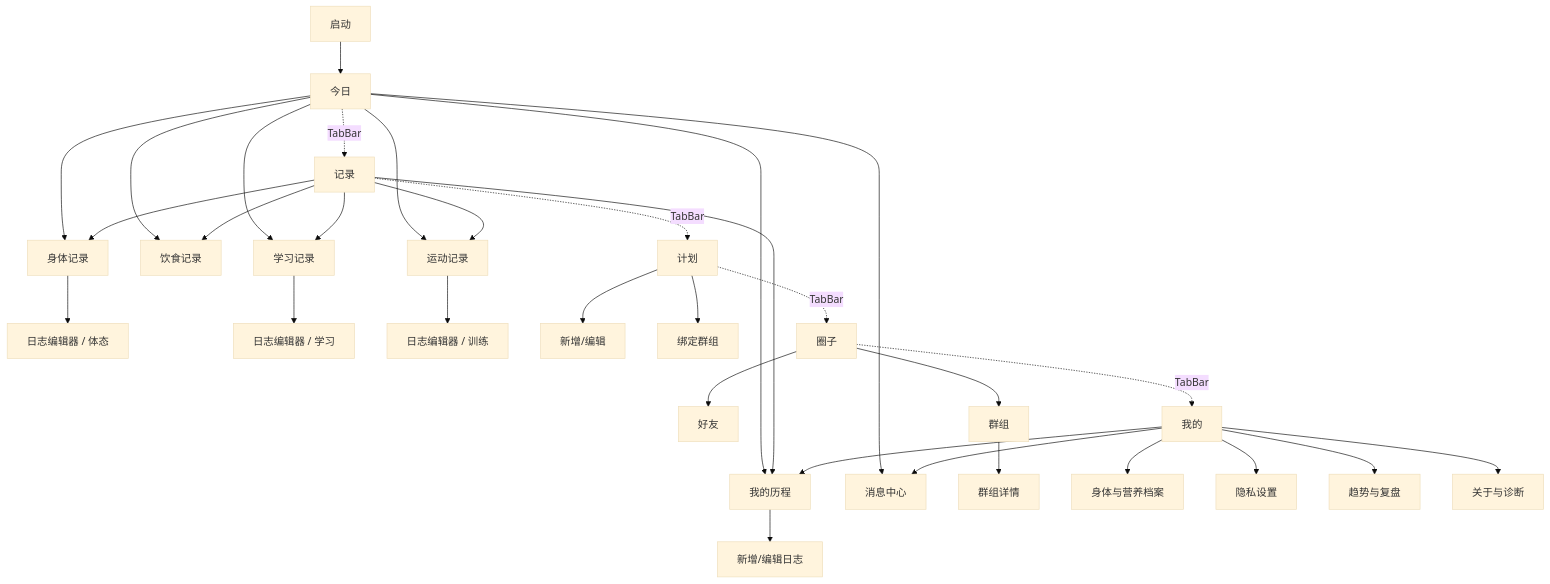
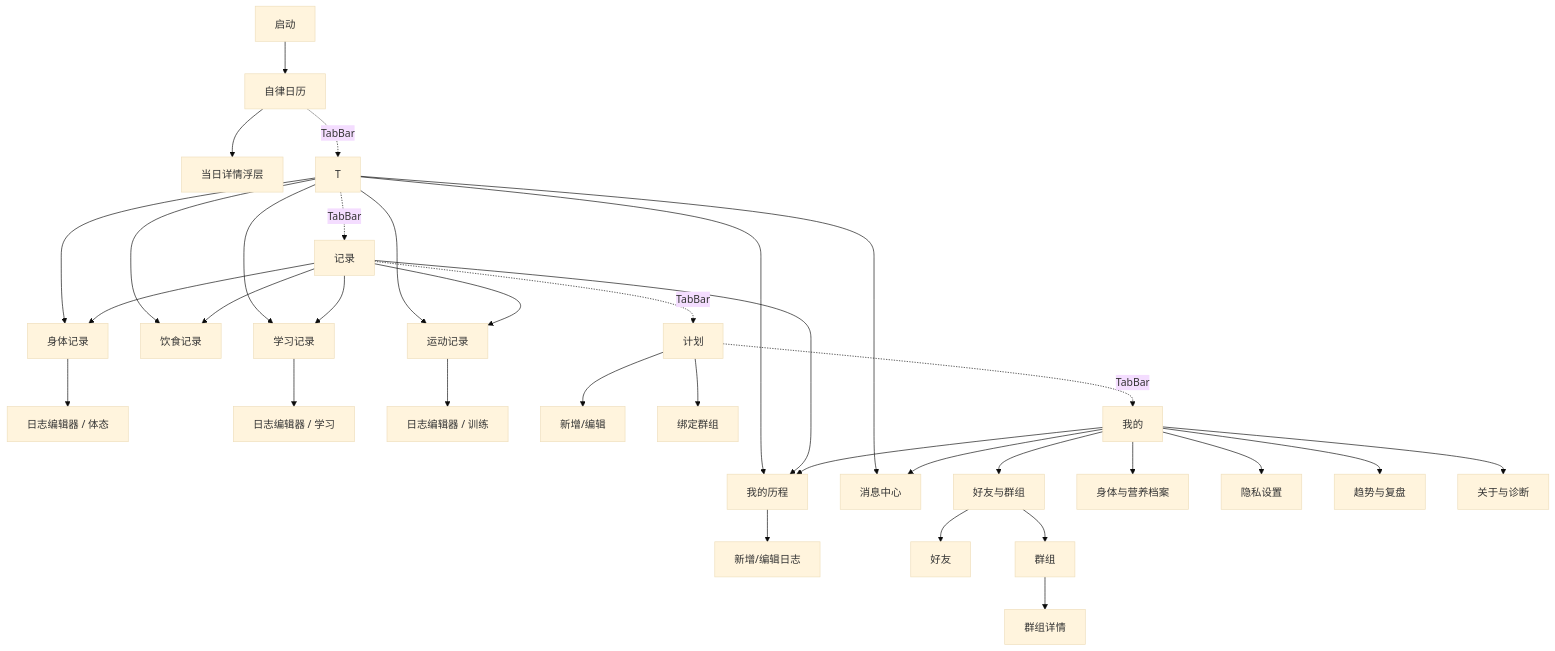
The diagram in docs/NAVIGATION.md (duohekaishui1127/zilv), drawn with Mermaid (base theme) before and after one commit. The commit also changed 85 other files, not shown here.

Commit message:
新增日历视图

````diff
--- a/docs/NAVIGATION.md
+++ b/docs/NAVIGATION.md
@@ -3,40 +3,42 @@
 ```mermaid
 flowchart TD
-    A[启动] --> T[今日]
+    A[启动] --> CA[自律日历]
+    CA --> CD[当日详情浮层]
     T --> B[身体记录]
     T --> F[饮食记录]
     T --> W[运动记录]
     T --> S[学习记录]
     T --> N[我的历程]
     T --> NT[消息中心]
 
     R[记录] --> N
     R --> B
     R --> F
     R --> W
     R --> S
 
     B --> NE[日志编辑器 / 体态]
     S --> NE2[日志编辑器 / 学习]
     W --> NE3[日志编辑器 / 训练]
     N --> NE4[新增/编辑日志]
 
     P[计划] --> PE[新增/编辑]
     P --> PB[绑定群组]
 
-    C[圈子] --> CF[好友]
+    C[好友与群组] --> CF[好友]
     C --> CG[群组]
     CG --> GD[群组详情]
 
     M[我的] --> MP[身体与营养档案]
+    M --> C
     M --> PR[隐私设置]
     M --> N
     M --> WR[趋势与复盘]
     M --> NT
     M --> AB[关于与诊断]
 
+    CA -.TabBar.-> T
     T -.TabBar.-> R
     R -.TabBar.-> P
-    P -.TabBar.-> C
-    C -.TabBar.-> M
+    P -.TabBar.-> M
 ```
````
